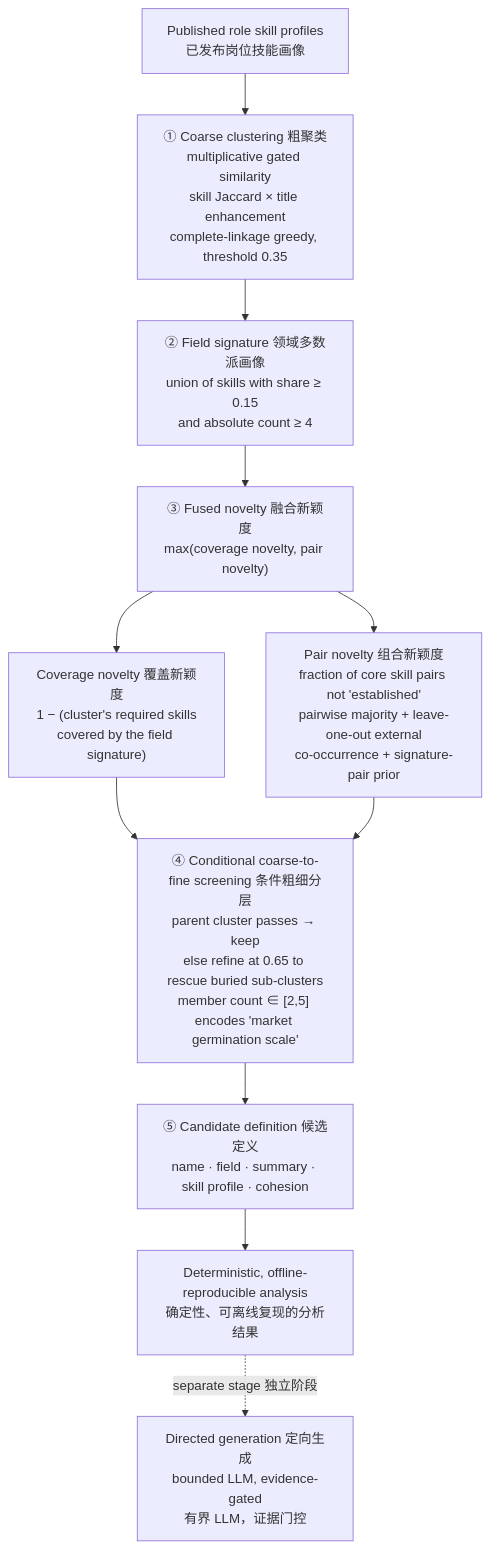
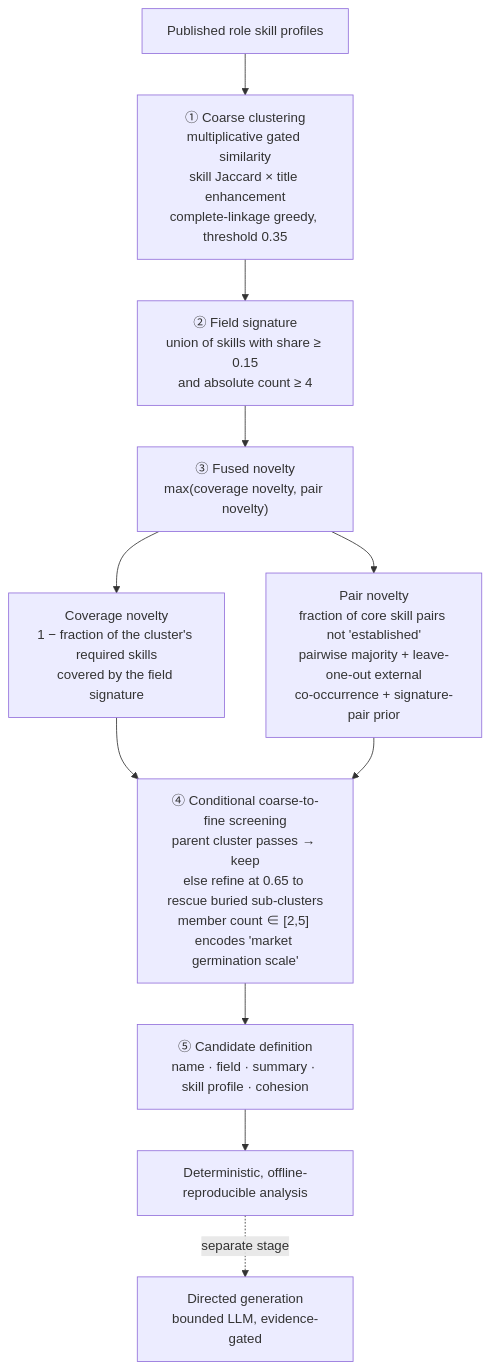
Before and after one commit to Hanwen-Tao/project-portfolio: the third of 4 diagrams in docs/01-artifex.md, drawn with Mermaid. The commit also changed other lines of this file and 11 other files, not shown here.

````diff
--- a/docs/01-artifex.md
+++ b/docs/01-artifex.md
@@ -184,12 +173,12 @@
 ```mermaid
 flowchart TD
-    A["Published role skill profiles<br/>已发布岗位技能画像"] --> B["① Coarse clustering 粗聚类<br/>multiplicative gated similarity<br/>skill Jaccard × title enhancement<br/>complete-linkage greedy, threshold 0.35"]
-    B --> C["② Field signature 领域多数派画像<br/>union of skills with share ≥ 0.15<br/>and absolute count ≥ 4"]
-    C --> D["③ Fused novelty 融合新颖度<br/>max(coverage novelty, pair novelty)"]
-    D --> D1["Coverage novelty 覆盖新颖度<br/>1 − (cluster's required skills<br/>covered by the field signature)"]
-    D --> D2["Pair novelty 组合新颖度<br/>fraction of core skill pairs not 'established'<br/>pairwise majority + leave-one-out external<br/>co-occurrence + signature-pair prior"]
-    D1 & D2 --> E["④ Conditional coarse-to-fine screening 条件粗细分层<br/>parent cluster passes → keep<br/>else refine at 0.65 to rescue buried sub-clusters<br/>member count ∈ [2,5] encodes 'market germination scale'"]
-    E --> F["⑤ Candidate definition 候选定义<br/>name · field · summary · skill profile · cohesion"]
-    F --> G["Deterministic, offline-reproducible analysis<br/>确定性、可离线复现的分析结果"]
-    G -.->|"separate stage 独立阶段"| H["Directed generation 定向生成<br/>bounded LLM, evidence-gated<br/>有界 LLM，证据门控"]
+    A["Published role skill profiles"] --> B["① Coarse clustering<br/>multiplicative gated similarity<br/>skill Jaccard × title enhancement<br/>complete-linkage greedy, threshold 0.35"]
+    B --> C["② Field signature<br/>union of skills with share ≥ 0.15<br/>and absolute count ≥ 4"]
+    C --> D["③ Fused novelty<br/>max(coverage novelty, pair novelty)"]
+    D --> D1["Coverage novelty<br/>1 − fraction of the cluster's required skills<br/>covered by the field signature"]
+    D --> D2["Pair novelty<br/>fraction of core skill pairs not 'established'<br/>pairwise majority + leave-one-out external<br/>co-occurrence + signature-pair prior"]
+    D1 & D2 --> E["④ Conditional coarse-to-fine screening<br/>parent cluster passes → keep<br/>else refine at 0.65 to rescue buried sub-clusters<br/>member count ∈ [2,5] encodes 'market germination scale'"]
+    E --> F["⑤ Candidate definition<br/>name · field · summary · skill profile · cohesion"]
+    F --> G["Deterministic, offline-reproducible analysis"]
+    G -.->|separate stage| H["Directed generation<br/>bounded LLM, evidence-gated"]
 ```
````
